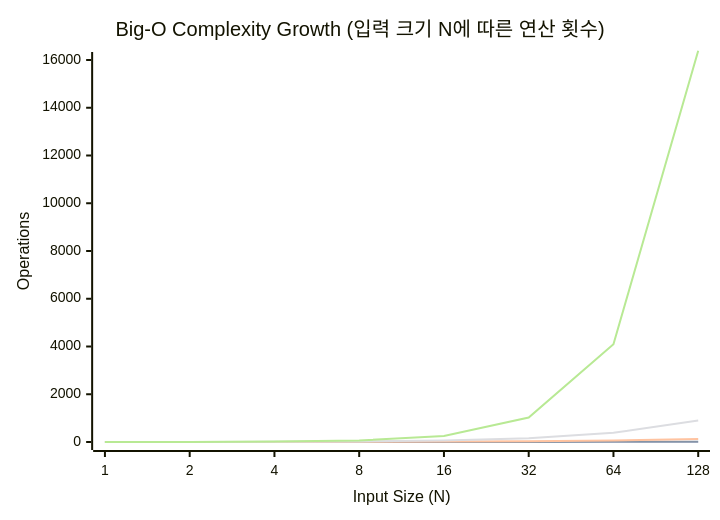
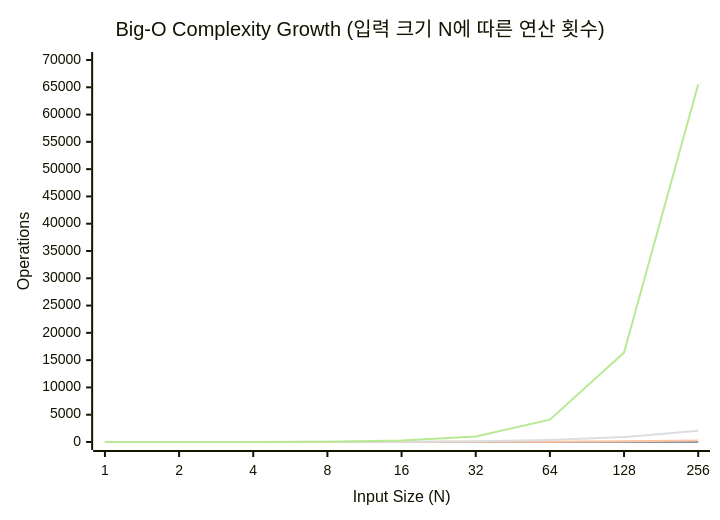
One commit to youngmin-gwon/what-i-studied changed the sixth of 6 diagrams in 01_inbox/algorithm/algo-complexity-and-big-o.md. Above: the diagram before and after it, drawn with Mermaid. The commit also changed other lines of this file, not shown here.

````diff
--- a/01_inbox/algorithm/algo-complexity-and-big-o.md
+++ b/01_inbox/algorithm/algo-complexity-and-big-o.md
@@ -127,12 +127,12 @@
 ```mermaid
 %%{init: {'theme':'base', 'themeVariables': { 'xyChart': {'backgroundColor': 'transparent'}}}}%%
 xychart-beta
     title "Big-O Complexity Growth (입력 크기 N에 따른 연산 횟수)"
-    x-axis "Input Size (N)" [1, 2, 4, 8, 16, 32, 64, 128]
-    y-axis "Operations" 0 --> 16000
-    line "O(1)" [1, 1, 1, 1, 1, 1, 1, 1]
-    line "O(log n)" [0, 1, 2, 3, 4, 5, 6, 7]
-    line "O(n)" [1, 2, 4, 8, 16, 32, 64, 128]
-    line "O(n log n)" [0, 2, 8, 24, 64, 160, 384, 896]
-    line "O(n²)" [1, 4, 16, 64, 256, 1024, 4096, 16384]
+    x-axis "Input Size (N)" [1, 2, 4, 8, 16, 32, 64, 128, 256]
+    y-axis "Operations" 0 --> 70000
+    line "O(1)" [1, 1, 1, 1, 1, 1, 1, 1, 1]
+    line "O(log n)" [0, 1, 2, 3, 4, 5, 6, 7, 8]
+    line "O(n)" [1, 2, 4, 8, 16, 32, 64, 128, 256]
+    line "O(n log n)" [0, 2, 8, 24, 64, 160, 384, 896, 2048]
+    line "O(n²)" [1, 4, 16, 64, 256, 1024, 4096, 16384, 65536]
 ```
````
